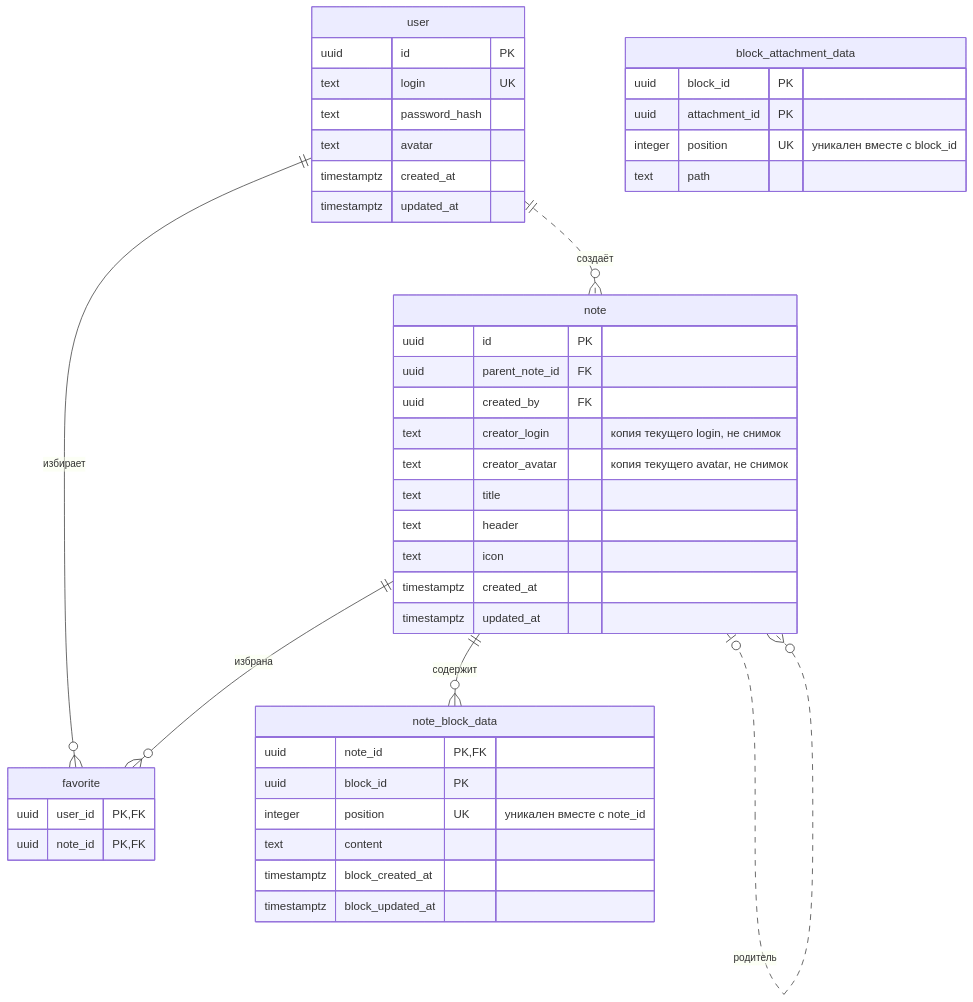
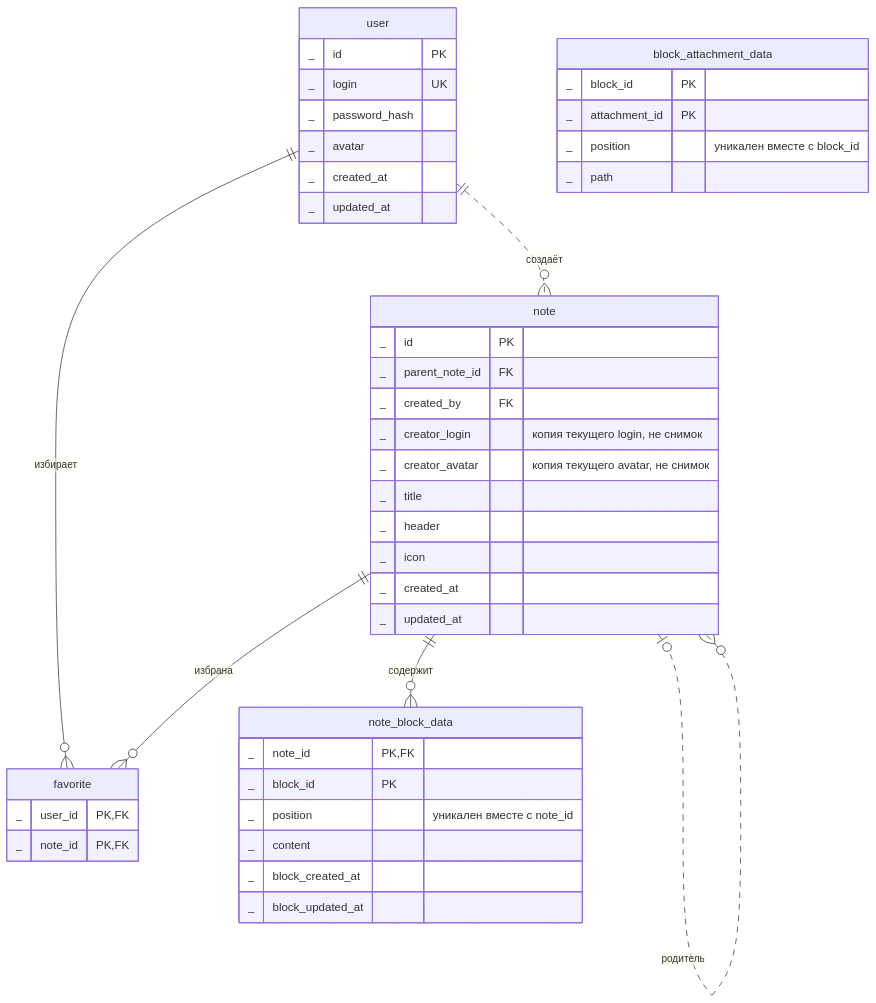
Before and after one commit to go-park-mail-ru/2026_2_BNN: the diagram in db/normalized/01_1NF.md, drawn with Mermaid. The commit also changed other lines of this file and 4 other files, not shown here.

````diff
--- a/db/normalized/01_1NF.md
+++ b/db/normalized/01_1NF.md
@@ -10,51 +12,51 @@
 ```mermaid
 erDiagram
     user ||..o{ note : "создаёт"
     note |o..o{ note : "родитель"
     user ||--o{ favorite : "избирает"
     note ||--o{ favorite : "избрана"
     note ||--o{ note_block_data : "содержит"
 
     user {
-        uuid id PK
-        text login UK
-        text password_hash
-        text avatar
-        timestamptz created_at
-        timestamptz updated_at
+        _ id PK
+        _ login UK
+        _ password_hash
+        _ avatar
+        _ created_at
+        _ updated_at
     }
 
     note {
-        uuid id PK
-        uuid parent_note_id FK
-        uuid created_by FK
-        text creator_login "копия текущего login, не снимок"
-        text creator_avatar "копия текущего avatar, не снимок"
-        text title
-        text header
-        text icon
-        timestamptz created_at
-        timestamptz updated_at
+        _ id PK
+        _ parent_note_id FK
+        _ created_by FK
+        _ creator_login "копия текущего login, не снимок"
+        _ creator_avatar "копия текущего avatar, не снимок"
+        _ title
+        _ header
+        _ icon
+        _ created_at
+        _ updated_at
     }
 
     favorite {
-        uuid user_id PK, FK
-        uuid note_id PK, FK
+        _ user_id PK, FK
+        _ note_id PK, FK
     }
 
     note_block_data {
-        uuid note_id PK, FK
-        uuid block_id PK
-        integer position UK "уникален вместе с note_id"
-        text content
-        timestamptz block_created_at
-        timestamptz block_updated_at
+        _ note_id PK, FK
+        _ block_id PK
+        _ position "уникален вместе с note_id"
+        _ content
+        _ block_created_at
+        _ block_updated_at
     }
 
     block_attachment_data {
-        uuid block_id PK
-        uuid attachment_id PK
-        integer position UK "уникален вместе с block_id"
-        text path
+        _ block_id PK
+        _ attachment_id PK
+        _ position "уникален вместе с block_id"
+        _ path
     }
 ```
````
